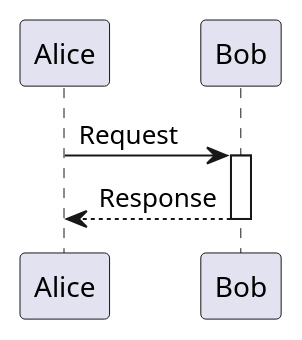
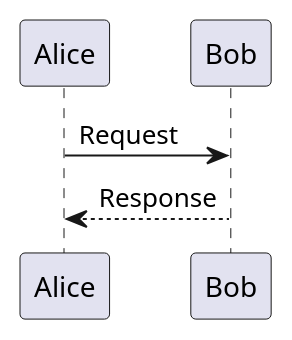
Before and after one commit to tafk7/plantuml: the first of 5 diagrams in SKILL.md, drawn with PlantUML. The commit also changed other lines of this file, not shown here.

````diff
--- a/SKILL.md
+++ b/SKILL.md
@@ -149,10 +135,7 @@
 ```puml
+' Sequence: references/sequence_diagrams.md
 @startuml
-participant Alice
-participant Bob
 Alice -> Bob: Request
-activate Bob
 Bob --> Alice: Response
-deactivate Bob
 @enduml
 ```
````
